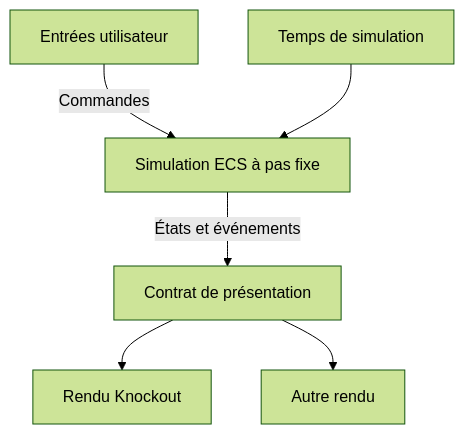
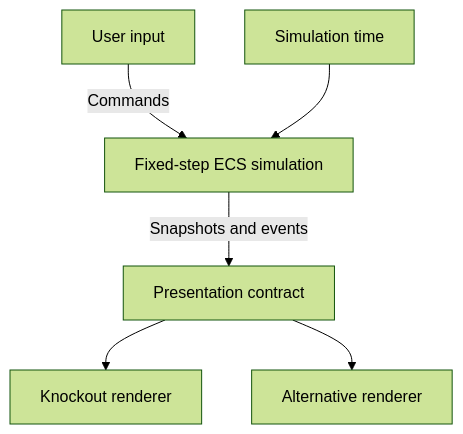
The diagram in design/technical-redesign.md (CharlyMaye/pokeclicker), drawn with Mermaid (forest theme) before and after one commit. The commit also changed other lines of this file, not shown here.

````diff
--- a/design/technical-redesign.md
+++ b/design/technical-redesign.md
@@ -58,8 +66,8 @@
 ```mermaid
 flowchart TD
-    Inputs["Entrées utilisateur"] -->|Commandes| Simulation["Simulation ECS à pas fixe"]
-    Clock["Temps de simulation"] --> Simulation
-    Simulation -->|États et événements| Protocol["Contrat de présentation"]
-    Protocol --> Legacy["Rendu Knockout"]
-    Protocol --> Other["Autre rendu"]
+    Inputs["User input"] -->|Commands| Simulation["Fixed-step ECS simulation"]
+    Clock["Simulation time"] --> Simulation
+    Simulation -->|Snapshots and events| Protocol["Presentation contract"]
+    Protocol --> Legacy["Knockout renderer"]
+    Protocol --> Other["Alternative renderer"]
 ```
````
